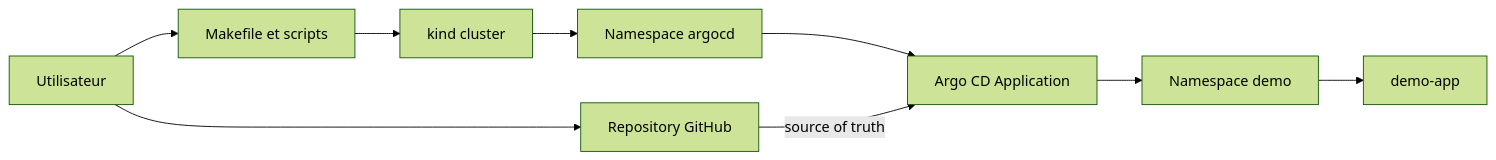
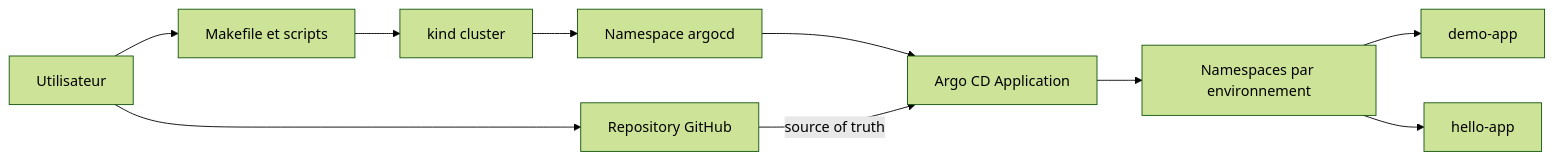
The first of 2 diagrams in README.md (RobinThiriet/ArgoCD), drawn with Mermaid (forest theme) before and after one commit. The commit also changed other lines of this file and 24 other files, not shown here.

````diff
--- a/README.md
+++ b/README.md
@@ -55,11 +57,12 @@
 ```mermaid
 flowchart LR
     U[Utilisateur] --> G[Repository GitHub]
     U --> M[Makefile et scripts]
     M --> K[kind cluster]
     K --> A[Namespace argocd]
     A --> AC[Argo CD Application]
-    AC --> D[Namespace demo]
+    AC --> D[Namespaces par environnement]
     G -->|source of truth| AC
     D --> APP[demo-app]
+    D --> HELLO[hello-app]
 ```
````
